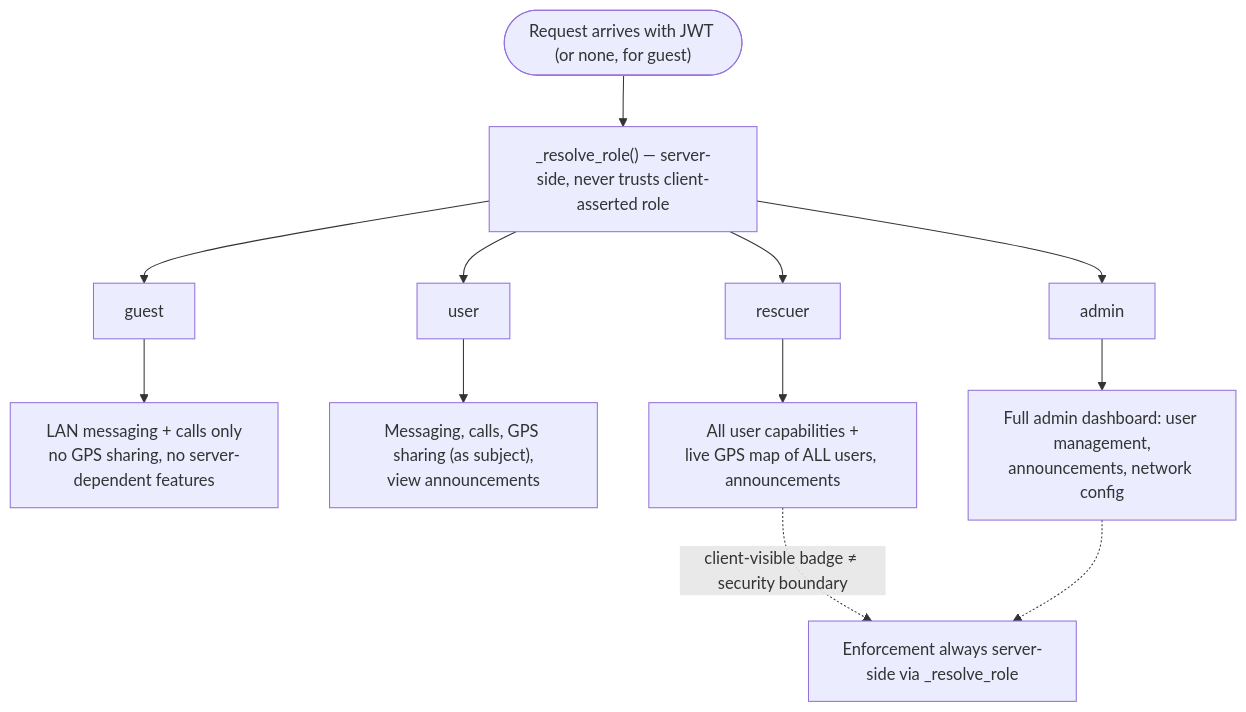
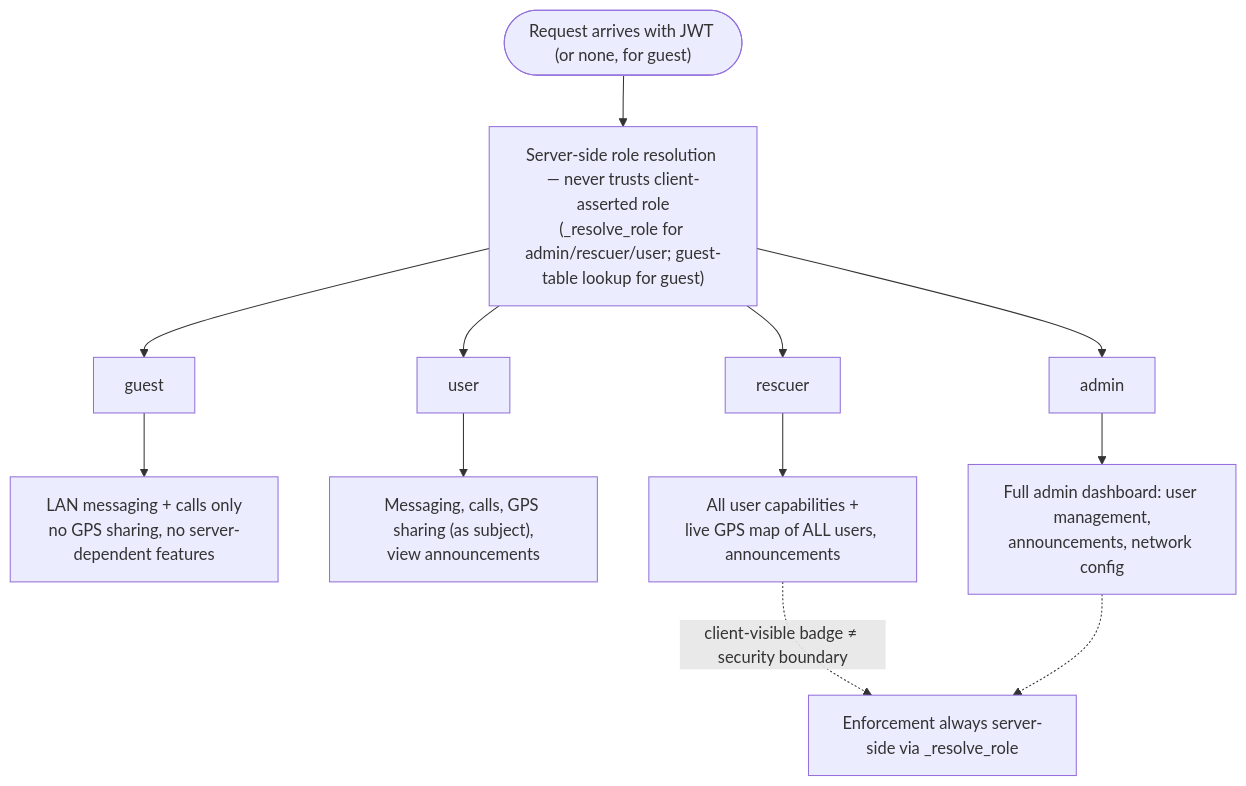
Before and after one commit to SAPOT-System/YLP-software: the diagram in docs/adr/0006-four-tier-roles-model.md, drawn with Mermaid. The commit also changed other lines of this file and 27 other files, not shown here.

````diff
--- a/docs/adr/0006-four-tier-roles-model.md
+++ b/docs/adr/0006-four-tier-roles-model.md
@@ -13,17 +15,17 @@
 ```mermaid
 flowchart TD
-    Req(["Request arrives with JWT (or none, for guest)"]) --> Resolve["_resolve_role() — server-side, never trusts client-asserted role"]
+    Req(["Request arrives with JWT (or none, for guest)"]) --> Resolve["Server-side role resolution — never trusts client-asserted role<br/>(_resolve_role for admin/rescuer/user; guest-table lookup for guest)"]
 
     Resolve --> Guest["guest"]
     Resolve --> User["user"]
     Resolve --> Rescuer["rescuer"]
     Resolve --> Admin["admin"]
 
     Guest --> GuestCaps["LAN messaging + calls only<br/>no GPS sharing, no server-dependent features"]
     User --> UserCaps["Messaging, calls, GPS sharing (as subject),<br/>view announcements"]
     Rescuer --> RescuerCaps["All user capabilities +<br/>live GPS map of ALL users, announcements"]
     Admin --> AdminCaps["Full admin dashboard: user management,<br/>announcements, network config"]
 
     RescuerCaps -.->|"client-visible badge ≠ security boundary"| Note["Enforcement always server-side via _resolve_role"]
     AdminCaps -.-> Note
 ```
````
